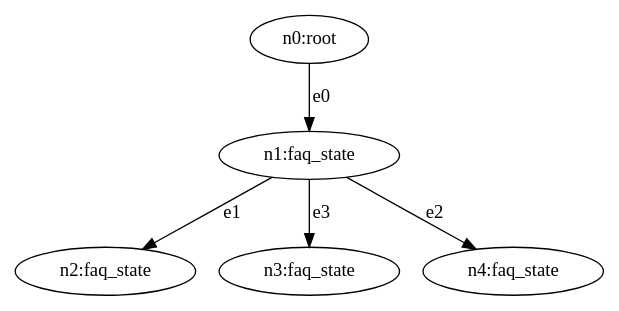
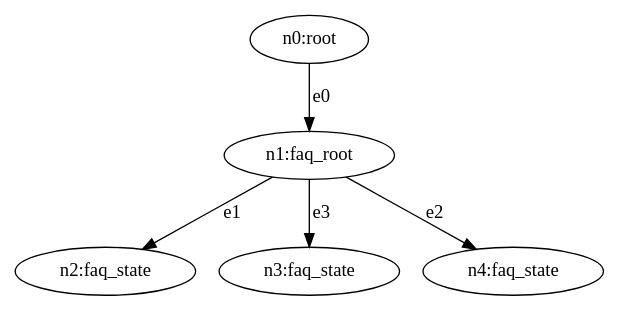
One commit to Jaseci-Labs/jaseci changed the first of 2 diagrams in examples/CanoniCAI/CCAI_codelab.md. Above: the diagram before and after it, drawn with Graphviz.

Commit message:
Fixing CCAI_codelab DOT language graph n1 type: faq_state --> faq_root

````diff
--- a/examples/CanoniCAI/CCAI_codelab.md
+++ b/examples/CanoniCAI/CCAI_codelab.md
@@ -208,13 +208,13 @@
 ```dot
 strict digraph root {
     "n0" [ id="0955c04e4ff945b4b836748ef2bbd98a", label="n0:root"  ]
-    "n1" [ id="c1240d79110941c1bc2feb18581951bd", label="n1:faq_state"  ]
+    "n1" [ id="c1240d79110941c1bc2feb18581951bd", label="n1:faq_root"  ]
     "n2" [ id="55333be285c246db88181ac34d16cd20", label="n2:faq_state"  ]
     "n3" [ id="d4fa8f2c46ca463f9237ef818e086a29", label="n3:faq_state"  ]
     "n4" [ id="f7b1c8ae82af4063ad53646adc5544e9", label="n4:faq_state"  ]
     "n0" -> "n1" [ id="a718fd6c938149269d3ade2af2eb023c", label="e0" ]
     "n1" -> "n2" [ id="3757cb15851249b4b6083d7cb3c34f8e", label="e1" ]
     "n1" -> "n4" [ id="626ce784a8f5423cae5d5d5ca857fc5c", label="e2" ]
     "n1" -> "n3" [ id="a609e7b54bde4a6a9c9711afdb123241", label="e3" ]
 }
 ```
````
